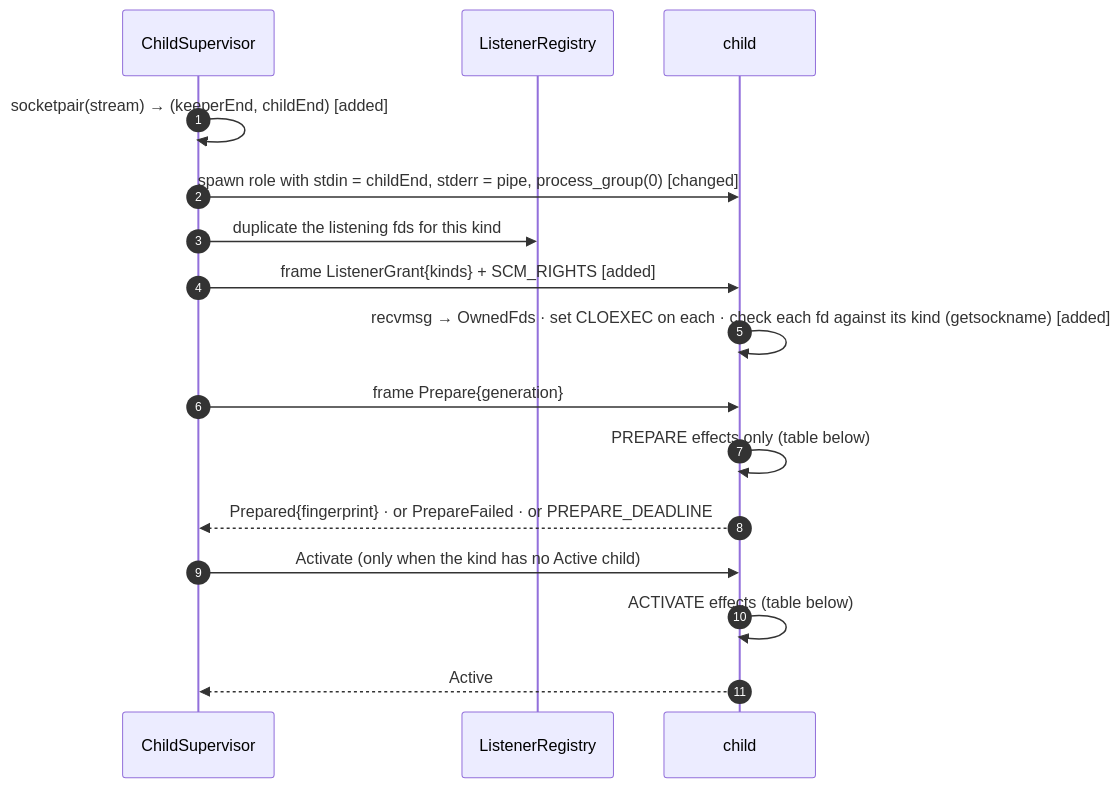
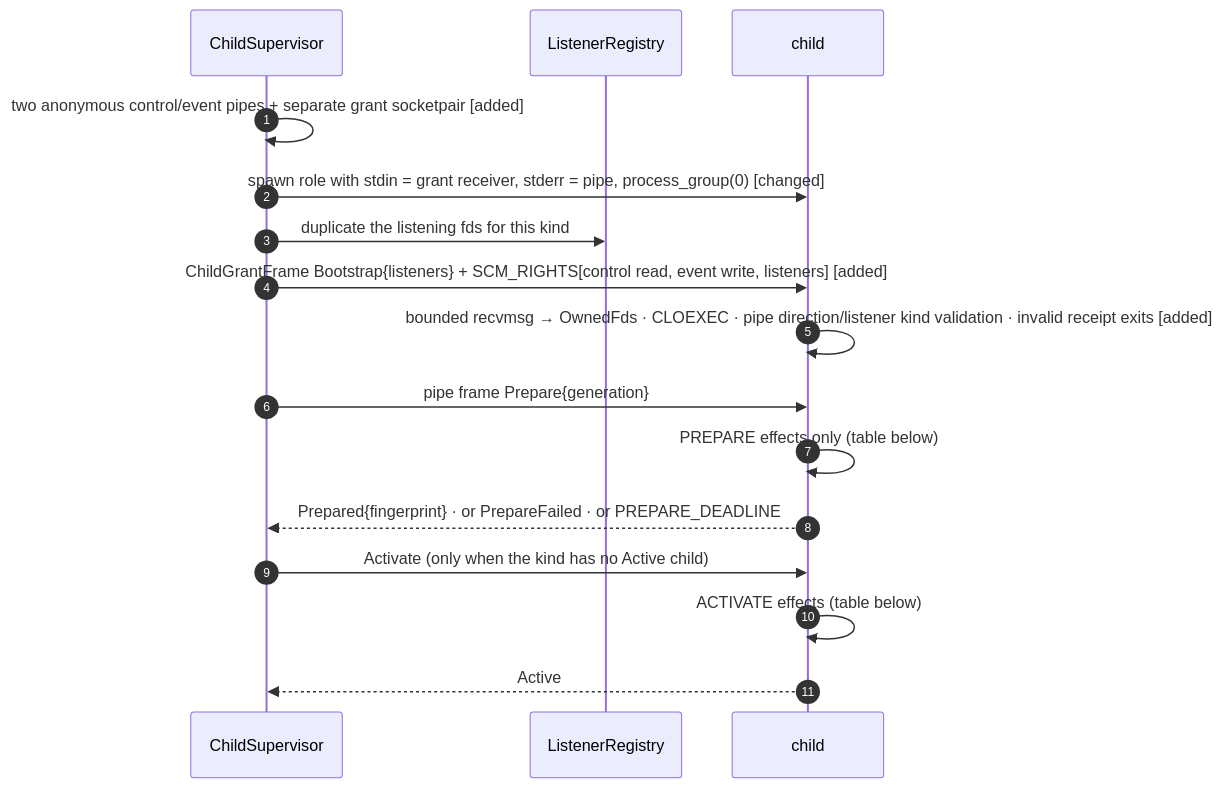
One commit to ShravanSunder/codex-router changed the fourth of 11 diagrams in docs/specs/2026-09-26-host-controller/program-design.md. Above: the diagram before and after it, drawn with Mermaid. The commit also changed other lines of this file and 47 other files, not shown here.

Commit message:
Add contained keeper transport, retained listeners and atomic generation publication

````diff
--- a/docs/specs/2026-09-26-host-controller/program-design.md
+++ b/docs/specs/2026-09-26-host-controller/program-design.md
@@ -901,18 +1316,18 @@
 ```mermaid
 sequenceDiagram
   autonumber
   participant CS as ChildSupervisor
   participant LR as ListenerRegistry
   participant C as child
-  CS->>CS: socketpair(stream) → (keeperEnd, childEnd) [added]
-  CS->>C: spawn role with stdin = childEnd, stderr = pipe, process_group(0) [changed]
+  CS->>CS: two anonymous control/event pipes + separate grant socketpair [added]
+  CS->>C: spawn role with stdin = grant receiver, stderr = pipe, process_group(0) [changed]
   CS->>LR: duplicate the listening fds for this kind
-  CS->>C: frame ListenerGrant{kinds} + SCM_RIGHTS [added]
-  C->>C: recvmsg → OwnedFds · set CLOEXEC on each · check each fd against its kind (getsockname) [added]
-  CS->>C: frame Prepare{generation}
+  CS->>C: ChildGrantFrame Bootstrap{listeners} + SCM_RIGHTS[control read, event write, listeners] [added]
+  C->>C: bounded recvmsg → OwnedFds · CLOEXEC · pipe direction/listener kind validation · invalid receipt exits [added]
+  CS->>C: pipe frame Prepare{generation}
   C->>C: PREPARE effects only (table below)
   C-->>CS: Prepared{fingerprint} · or PrepareFailed · or PREPARE_DEADLINE
   CS->>C: Activate (only when the kind has no Active child)
   C->>C: ACTIVATE effects (table below)
   C-->>CS: Active
 ```
````
